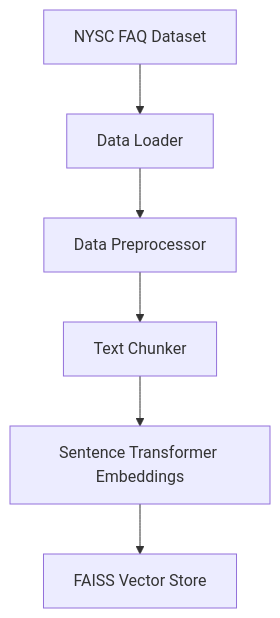
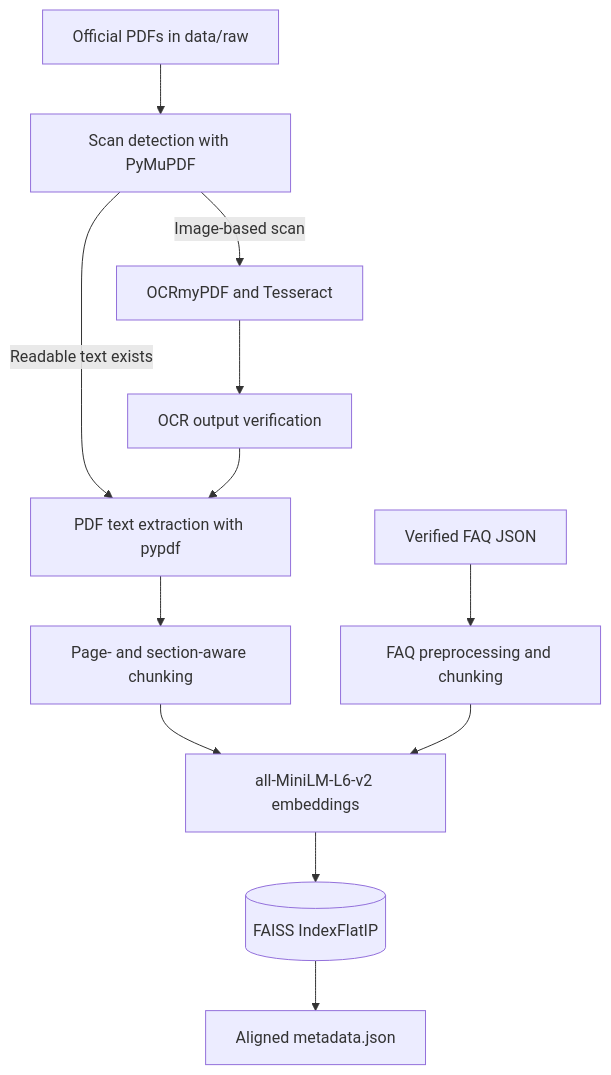
Before and after one commit to AnalyticPalmer/nysc-faq-chatbot: the second of 2 diagrams in README.md, drawn with Mermaid. The commit also changed other lines of this file, not shown here.

````diff
--- a/README.md
+++ b/README.md
@@ -97,8 +117,14 @@
 ```mermaid
 flowchart TD
-    A[NYSC FAQ Dataset] --> B[Data Loader]
-    B --> C[Data Preprocessor]
-    C --> D[Text Chunker]
-    D --> E[Sentence Transformer Embeddings]
-    E --> F[FAISS Vector Store]
+    P[Official PDFs in data/raw] --> D[Scan detection with PyMuPDF]
+    D -->|Readable text exists| E[PDF text extraction with pypdf]
+    D -->|Image-based scan| O[OCRmyPDF and Tesseract]
+    O --> V[OCR output verification]
+    V --> E
+    E --> C[Page- and section-aware chunking]
+    FQ[Verified FAQ JSON] --> FC[FAQ preprocessing and chunking]
+    C --> M[all-MiniLM-L6-v2 embeddings]
+    FC --> M
+    M --> I[(FAISS IndexFlatIP)]
+    I --> MD[Aligned metadata.json]
 ```
````
